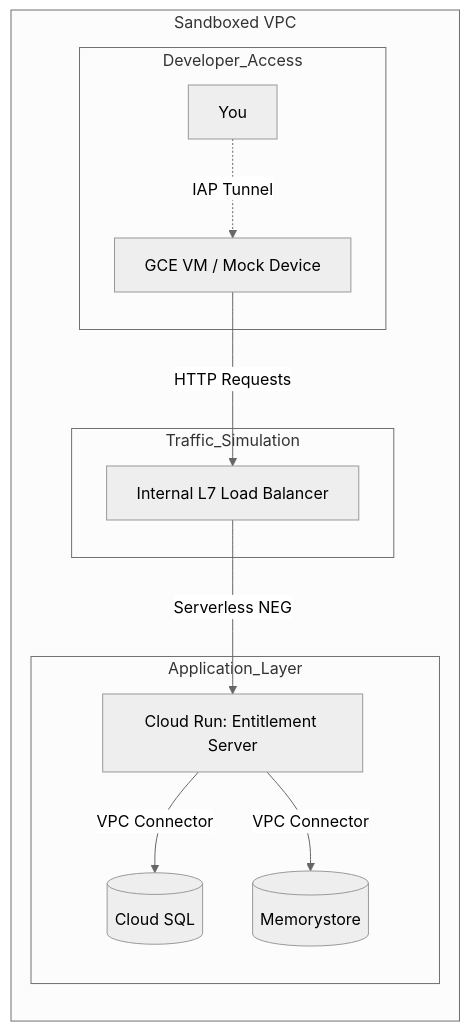
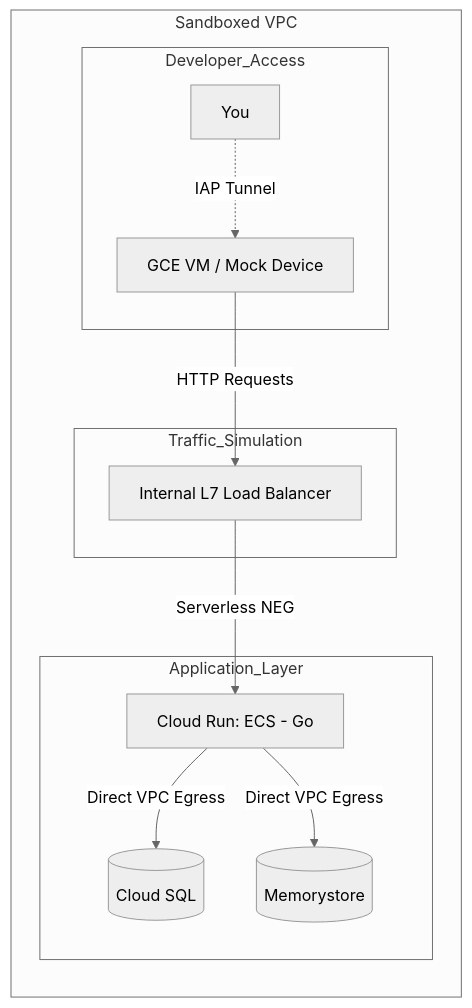
Before and after one commit to hkassaei/poc-entitlements-as-a-service-go: the diagram in devenv.md, drawn with Mermaid (neutral theme). The commit also changed other lines of this file and 189 other files, not shown here.

````diff
--- a/devenv.md
+++ b/devenv.md
@@ -78,18 +78,18 @@
 ```mermaid
 graph LR
     subgraph GCP_VPC [Sandboxed VPC]
         subgraph Developer_Access
             Human[You] -.->|IAP Tunnel| MockDevice[GCE VM / Mock Device]
         end
 
         subgraph Traffic_Simulation
             MockDevice -->|HTTP Requests| ILB[Internal L7 Load Balancer]
         end
 
         subgraph Application_Layer
-            ILB -->|Serverless NEG| ECS[Cloud Run: Entitlement Server]
-            ECS -->|VPC Connector| DB[(Cloud SQL)]
-            ECS -->|VPC Connector| Redis[(Memorystore)]
+            ILB -->|Serverless NEG| ECS[Cloud Run: ECS - Go]
+            ECS -->|Direct VPC Egress| DB[(Cloud SQL)]
+            ECS -->|Direct VPC Egress| Redis[(Memorystore)]
         end
     end
 ```
````
